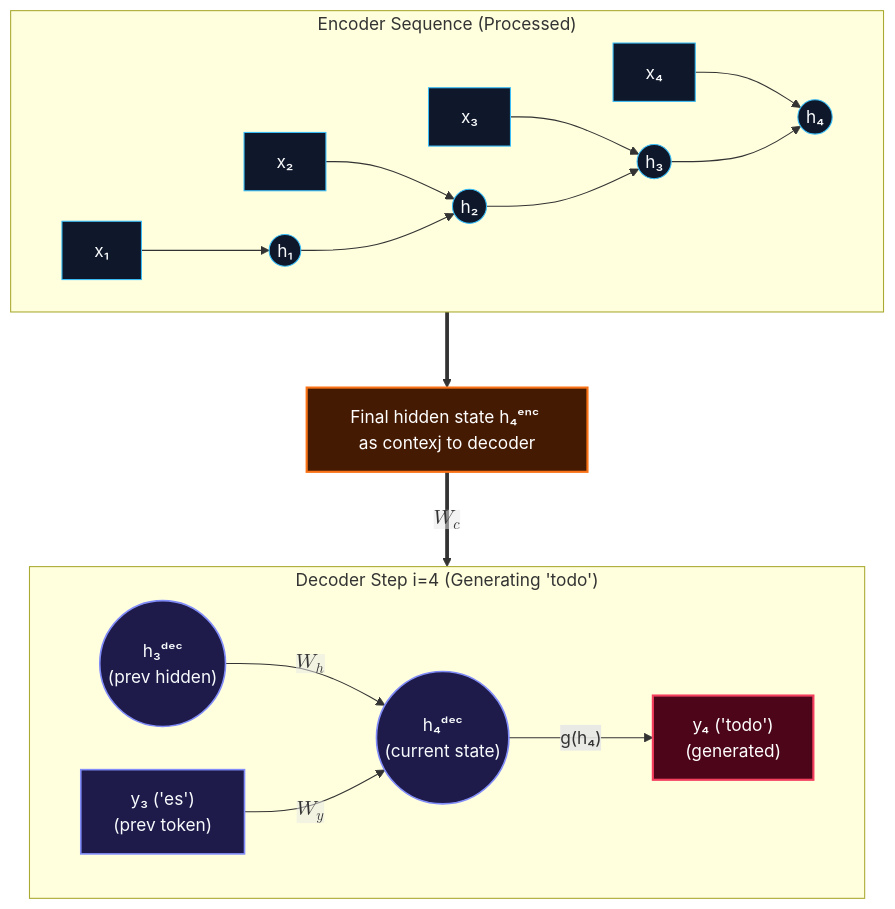
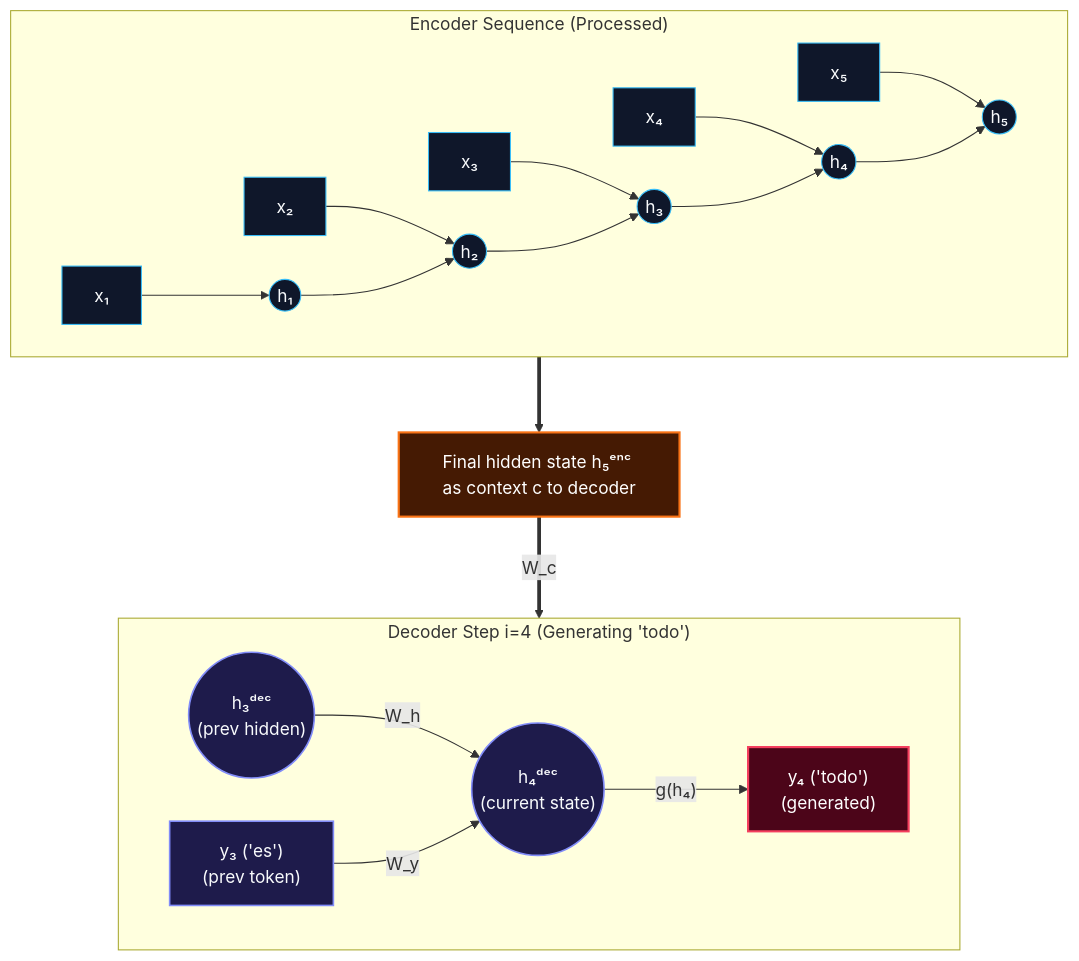
The second of 5 diagrams in _posts/2026-05-02-attention.md (namtiw/namtiw.github.io), drawn with Mermaid before and after one commit. The commit also changed other lines of this file and 3 other files, not shown here.

```diff
--- a/_posts/2026-05-02-attention.md
+++ b/_posts/2026-05-02-attention.md
@@ -122,39 +124,40 @@
 <pre class="mermaid">
 %%{init: {"flowchart": {"nodeSpacing": 40, "rankSpacing": 70}}}%%
 flowchart TB
   subgraph ENC["Encoder Sequence (Processed)"]
     direction LR
     X1["x₁"] --> E1(("h₁"))
     X2["x₂"] --> E2(("h₂"))
     X3["x₃"] --> E3(("h₃"))
     X4["x₄"] --> E4(("h₄"))
-    E1 --> E2 --> E3 --> E4
+    X5["x₅"] --> E5(("h₅"))
+    E1 --> E2 --> E3 --> E4 --> E5
   end
 
-  E4 ==> C["Final hidden state h₄ᵉⁿᶜ as contexj to decoder"]
+  E5 ==> C["Final hidden state h₅ᵉⁿᶜ as context c to decoder"]
 
   subgraph DEC["Decoder Step i=4 (Generating 'todo')"]
     direction LR
     D3(("h₃ᵈᵉᶜ<br/>(prev hidden)"))
     D4(("h₄ᵈᵉᶜ<br/>(current state)"))
     Y3["y₃ ('es')<br/>(prev token)"]
     Y4["y₄ ('todo')<br/>(generated)"]
 
-    D3 -- "$$W_h$$" --> D4
-    Y3 -- "$$W_y$$" --> D4
+    D3 -- "W_h" --> D4
+    Y3 -- "W_y" --> D4
     D4 -- "g(h₄)" --> Y4
   end
 
-  C ==>|"$$W_c$$"| D4
+  C ==>|"W_c"| D4
 
   %% Styling
   classDef encNode fill:#0f172a,stroke:#38bdf8,stroke-width:1px,color:#f8fafc
   classDef decNode fill:#1e1b4b,stroke:#818cf8,stroke-width:1.5px,color:#f8fafc
   classDef context fill:#451a03,stroke:#f97316,stroke-width:2px,color:#fff
   classDef outNode fill:#4c0519,stroke:#f43f5e,stroke-width:2px,color:#fff
 
   class X1,X2,X3,X4,X5,E1,E2,E3,E4,E5 encNode
   class D3,D4,Y3 decNode
   class C context
   class Y4 outNode
 </pre>
```
